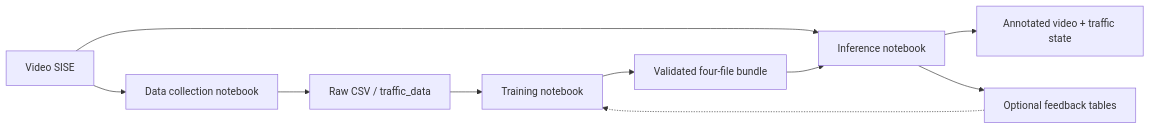
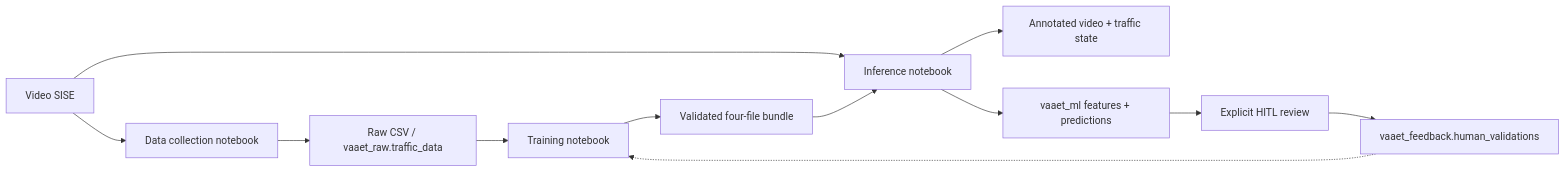
The diagram in docs/architecture/software-architecture.md (aka-titesen/vaaet), drawn with Mermaid before and after one commit. The commit also changed other lines of this file and 76 other files, not shown here.

````diff
--- a/docs/architecture/software-architecture.md
+++ b/docs/architecture/software-architecture.md
@@ -5,12 +5,14 @@
 ```mermaid
 flowchart LR
     V["Video SISE"] --> C["Data collection notebook"]
-    C --> R["Raw CSV / traffic_data"]
+    C --> R["Raw CSV / vaaet_raw.traffic_data"]
     R --> T["Training notebook"]
     T --> B["Validated four-file bundle"]
     V --> I["Inference notebook"]
     B --> I
     I --> O["Annotated video + traffic state"]
-    I --> F["Optional feedback tables"]
-    F -.-> T
+    I --> F["vaaet_ml features + predictions"]
+    F --> H["Explicit HITL review"]
+    H --> HV["vaaet_feedback.human_validations"]
+    HV -.-> T
 ```
````
